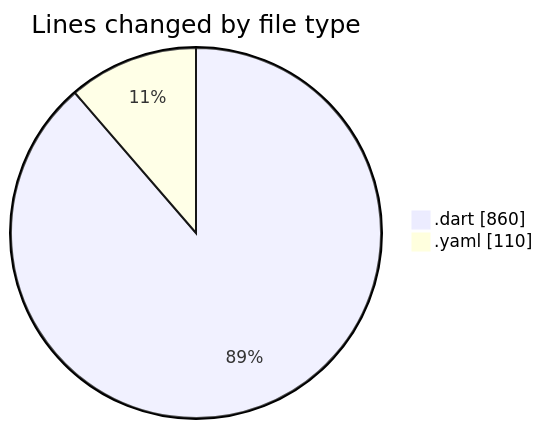
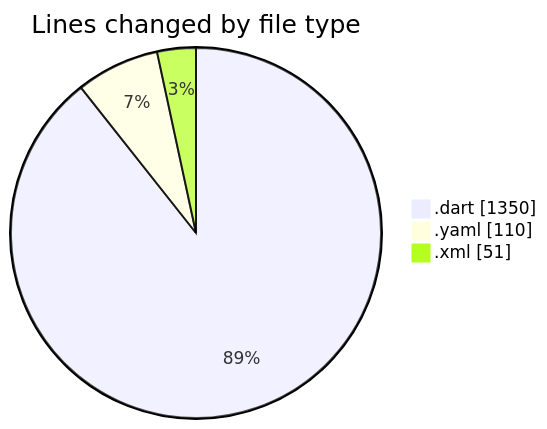
The first of 2 diagrams in 2025-07-31/studybuddy/README.md (lephambinh05/code-tracking), drawn with Mermaid before and after one commit. The commit also changed other lines of this file and 1 other file, not shown here.

````diff
--- a/2025-07-31/studybuddy/README.md
+++ b/2025-07-31/studybuddy/README.md
@@ -24,6 +27,7 @@
 ```mermaid
 pie showData
 title Lines changed by file type
-".dart" : 860
+".dart" : 1350
 ".yaml" : 110
+".xml" : 51
 ```
````
